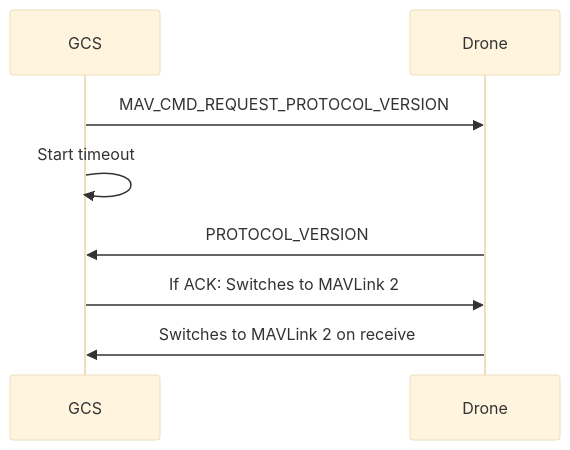
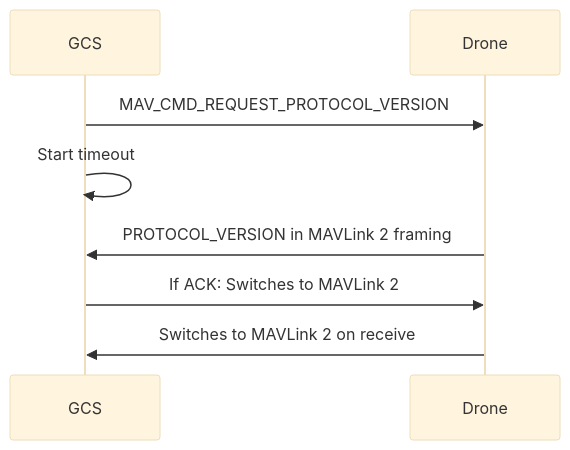
One commit to mavlink/mavlink-devguide changed the diagram in en/mavlink-version.md. Above: the diagram before and after it, drawn with Mermaid (base theme). The commit also changed other lines of this file, not shown here.

```diff
--- a/en/mavlink-version.md
+++ b/en/mavlink-version.md
@@ -14,12 +14,12 @@
 {% mermaid %}
 
 sequenceDiagram;
     participant GCS
     participant Drone
     GCS->>Drone: MAV_CMD_REQUEST_PROTOCOL_VERSION
     GCS->>GCS: Start timeout
-    Drone->>GCS: PROTOCOL_VERSION
+    Drone->>GCS: PROTOCOL_VERSION in MAVLink 2 framing
     GCS->>Drone: If ACK: Switches to MAVLink 2
     Drone->>GCS: Switches to MAVLink 2 on receive
 
 {% endmermaid %}
```
